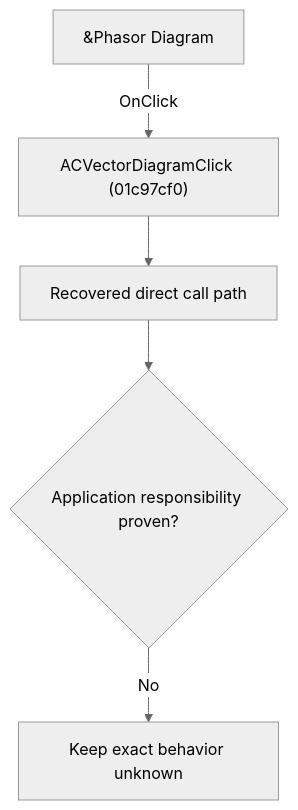
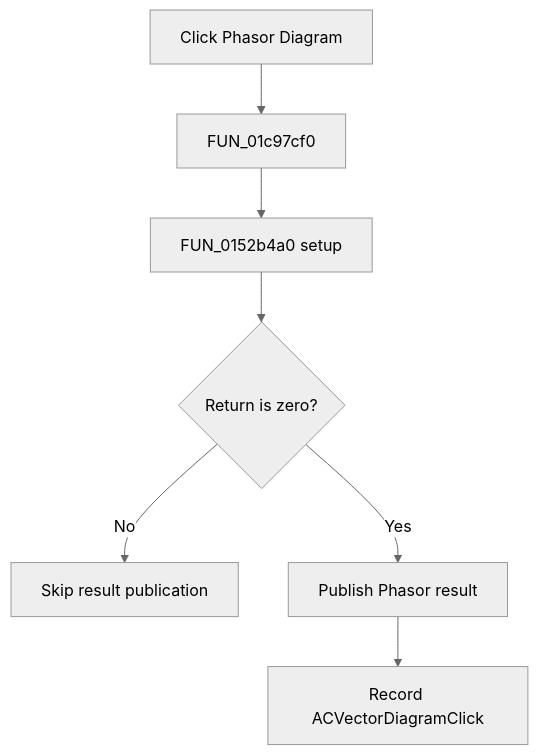
Before and after one commit to MovGP0/TIARA: the diagram in docs/ui-controls/schematiceditor/acvectordiagram-905199f50d.md, drawn with Mermaid (neutral theme). The commit also changed other lines of this file and 241 other files, not shown here.

````diff
--- a/docs/ui-controls/schematiceditor/acvectordiagram-905199f50d.md
+++ b/docs/ui-controls/schematiceditor/acvectordiagram-905199f50d.md
@@ -27,7 +27,9 @@
 ```mermaid
 flowchart TD
-    control["&Phasor Diagram"] -->|"OnClick"| handler["ACVectorDiagramClick (01c97cf0)"]
-    handler --> recovered["Recovered direct call path"]
-    recovered --> gap{"Application responsibility proven?"}
-    gap -->|"No"| blocked["Keep exact behavior unknown"]
+    control["Click Phasor Diagram"] --> handler["FUN_01c97cf0"]
+    handler --> setup["FUN_0152b4a0 setup"]
+    setup --> zero{"Return is zero?"}
+    zero -->|"No"| stop["Skip result publication"]
+    zero -->|"Yes"| publish["Publish Phasor result"]
+    publish --> record["Record ACVectorDiagramClick"]
 ```
````
